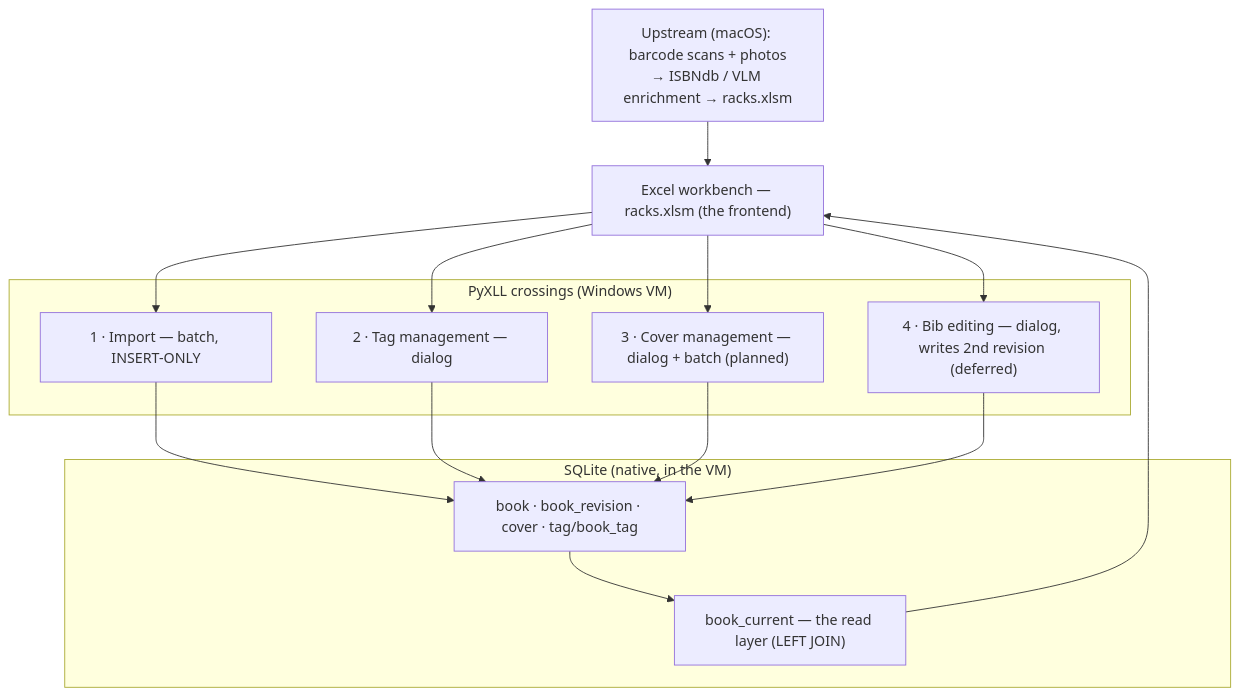
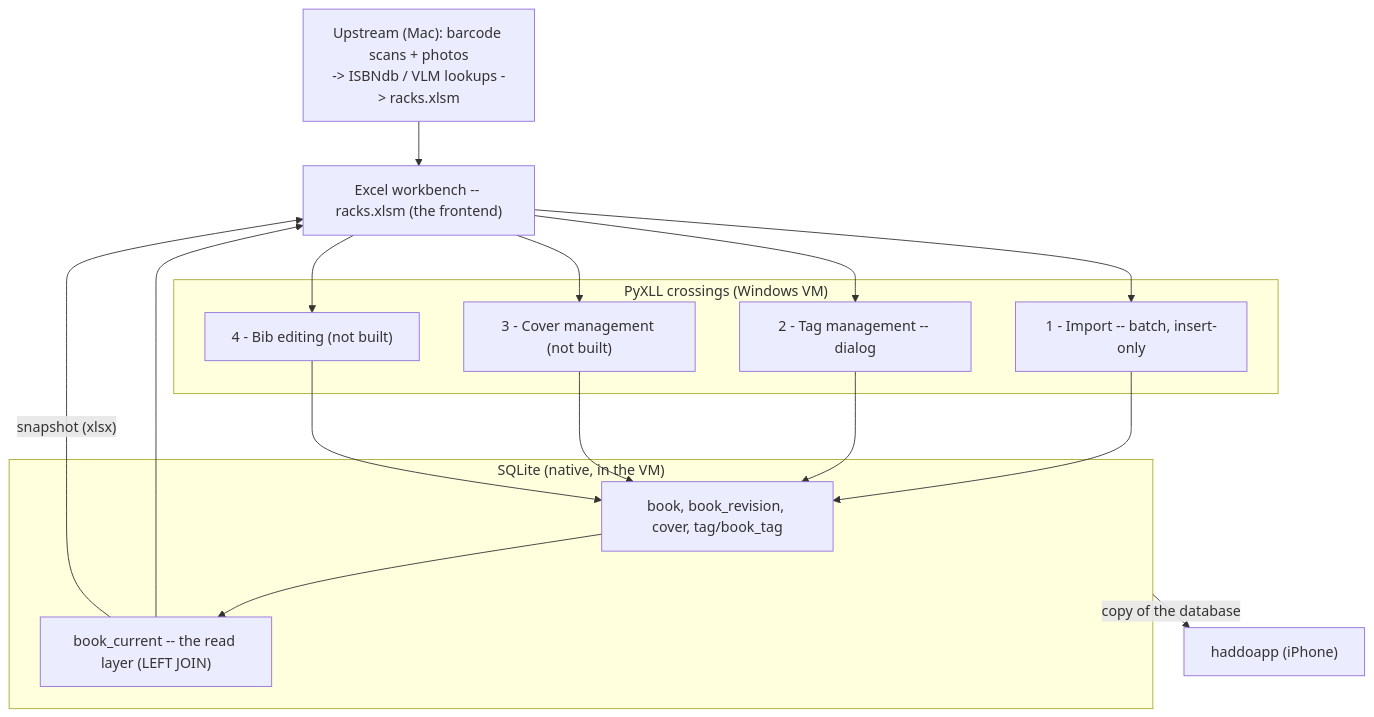
The diagram in README.md (fschuhi/haddolib), drawn with Mermaid before and after one commit. The commit also changed other lines of this file and 3 other files, not shown here.

````diff
--- a/README.md
+++ b/README.md
@@ -29,25 +27,27 @@
 ```mermaid
 flowchart TD
-    UP["Upstream (macOS): barcode scans + photos<br/>→ ISBNdb / VLM enrichment → racks.xlsm"]
-    X["Excel workbench — racks.xlsm (the frontend)"]
+    UP["Upstream (Mac): barcode scans + photos<br/>-> ISBNdb / VLM lookups -> racks.xlsm"]
+    X["Excel workbench -- racks.xlsm (the frontend)"]
     UP --> X
 
     subgraph CR["PyXLL crossings (Windows VM)"]
-        C1["1 · Import — batch, INSERT-ONLY"]
-        C2["2 · Tag management — dialog"]
-        C3["3 · Cover management — dialog + batch (planned)"]
-        C4["4 · Bib editing — dialog, writes 2nd revision (deferred)"]
+        C1["1 - Import -- batch, insert-only"]
+        C2["2 - Tag management -- dialog"]
+        C3["3 - Cover management (not built)"]
+        C4["4 - Bib editing (not built)"]
     end
     X --> C1 & C2 & C3 & C4
 
     subgraph DB["SQLite (native, in the VM)"]
-        T["book · book_revision · cover · tag/book_tag"]
-        V["book_current — the read layer (LEFT JOIN)"]
+        T["book, book_revision, cover, tag/book_tag"]
+        V["book_current -- the read layer (LEFT JOIN)"]
         T --> V
     end
     C1 --> T
     C2 --> T
     C3 --> T
     C4 --> T
     V --> X
+    V -- "snapshot (xlsx)" --> X
+    DB -- "copy of the database" --> APP["haddoapp (iPhone)"]
 ```
````
